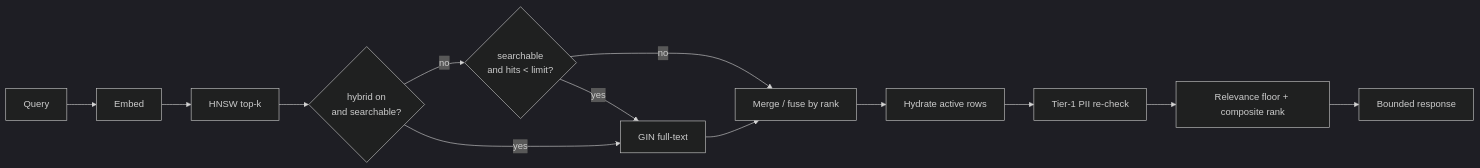
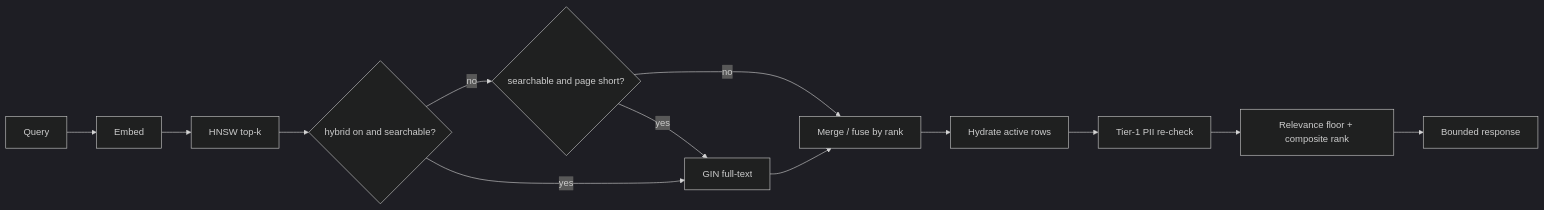
Before and after one commit to Rick1330/ibex-harness: the diagram in site/content/docs/05.memory/03.search-and-lifecycle.md, drawn with Mermaid (dark theme).

Commit message:
docs(memory): keep the retrieval decision labels ASCII
Mermaid renders node labels as HTML in some configurations, so the
searchable-query conditions added for the hybrid diagram use plain words
instead of <br/> and a raw less-than sign.

Refs #1096

````diff
--- a/site/content/docs/05.memory/03.search-and-lifecycle.md
+++ b/site/content/docs/05.memory/03.search-and-lifecycle.md
@@ -48,15 +48,15 @@
 ```mermaid
 flowchart LR
   Q["Query"] --> Embed["Embed"]
   Embed --> ANN["HNSW top-k"]
-  ANN --> Mode{"hybrid on<br/>and searchable?"}
-  Mode -->|no| Sparse{"searchable<br/>and hits < limit?"}
+  ANN --> Mode{"hybrid on and searchable?"}
+  Mode -->|no| Sparse{"searchable and page short?"}
   Sparse -->|yes| FTS["GIN full-text"]
   Sparse -->|no| Merge
   Mode -->|yes| FTS
   FTS --> Merge["Merge / fuse by rank"]
   Merge --> Hydrate["Hydrate active rows"]
   Hydrate --> PII["Tier-1 PII re-check"]
   PII --> Rank["Relevance floor + composite rank"]
   Rank --> Out["Bounded response"]
 ```
````
